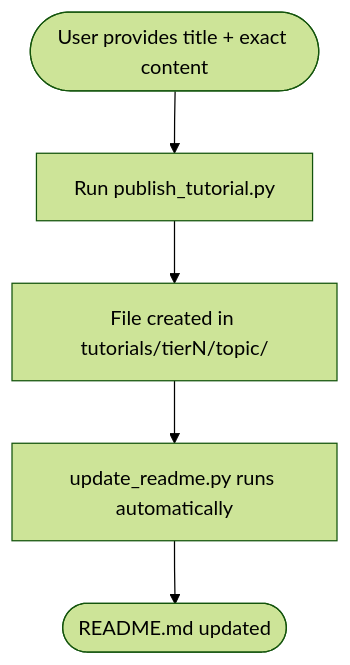
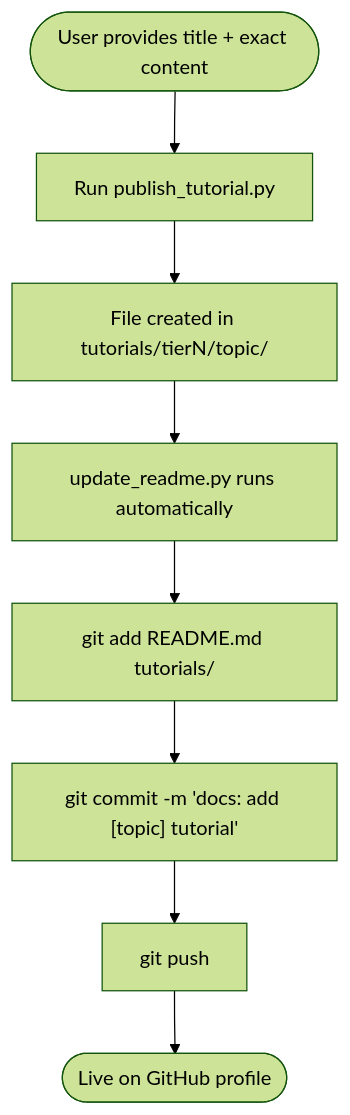
Before and after one commit to boycececil666gmailcom/boycececil666gmailcom: the first of 2 diagrams in .copilot/skills/publish-tutorial/SKILL.md, drawn with Mermaid (forest theme). The commit also changed other lines of this file and 1 other file, not shown here.

Commit message:
feat: update skills to include git push as mandatory final step

````diff
--- a/.copilot/skills/publish-tutorial/SKILL.md
+++ b/.copilot/skills/publish-tutorial/SKILL.md
@@ -40,7 +40,10 @@
 ```mermaid
 flowchart TD
     A([User provides title + exact content]) --> B[Run publish_tutorial.py]
     B --> C[File created in tutorials/tierN/topic/]
     C --> D[update_readme.py runs automatically]
-    D --> E([README.md updated])
+    D --> E[git add README.md tutorials/]
+    E --> F["git commit -m 'docs: add [topic] tutorial'"]
+    F --> G[git push]
+    G --> H([Live on GitHub profile])
 ```
````
